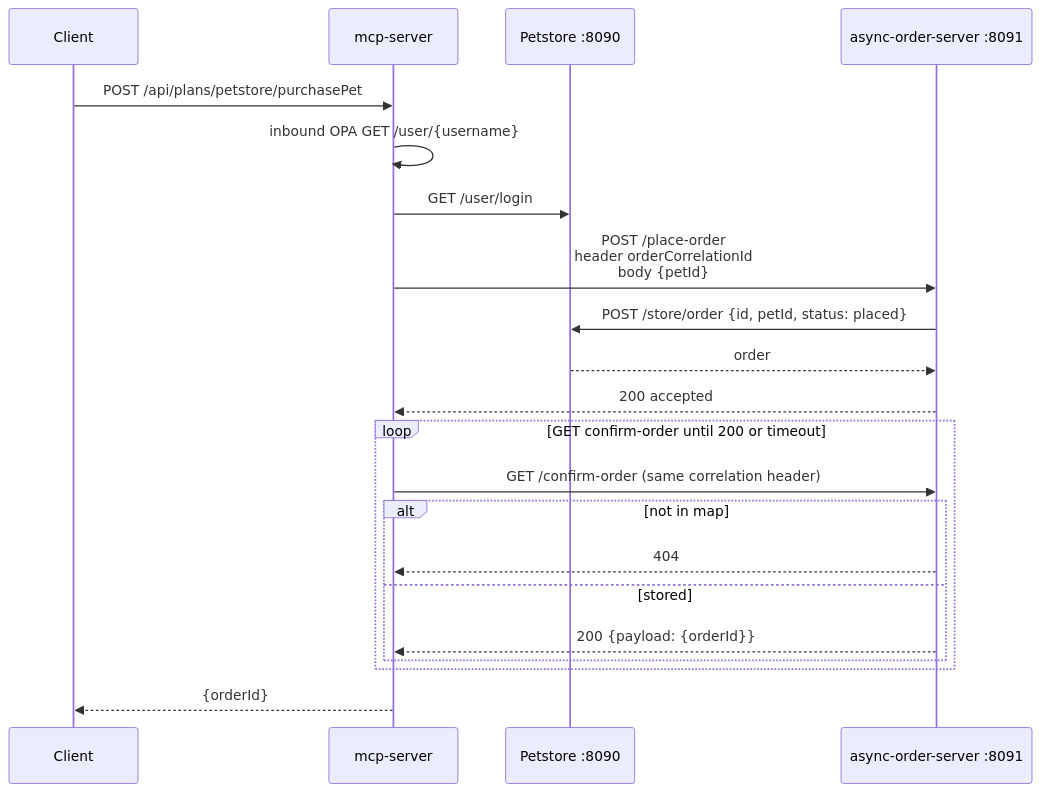
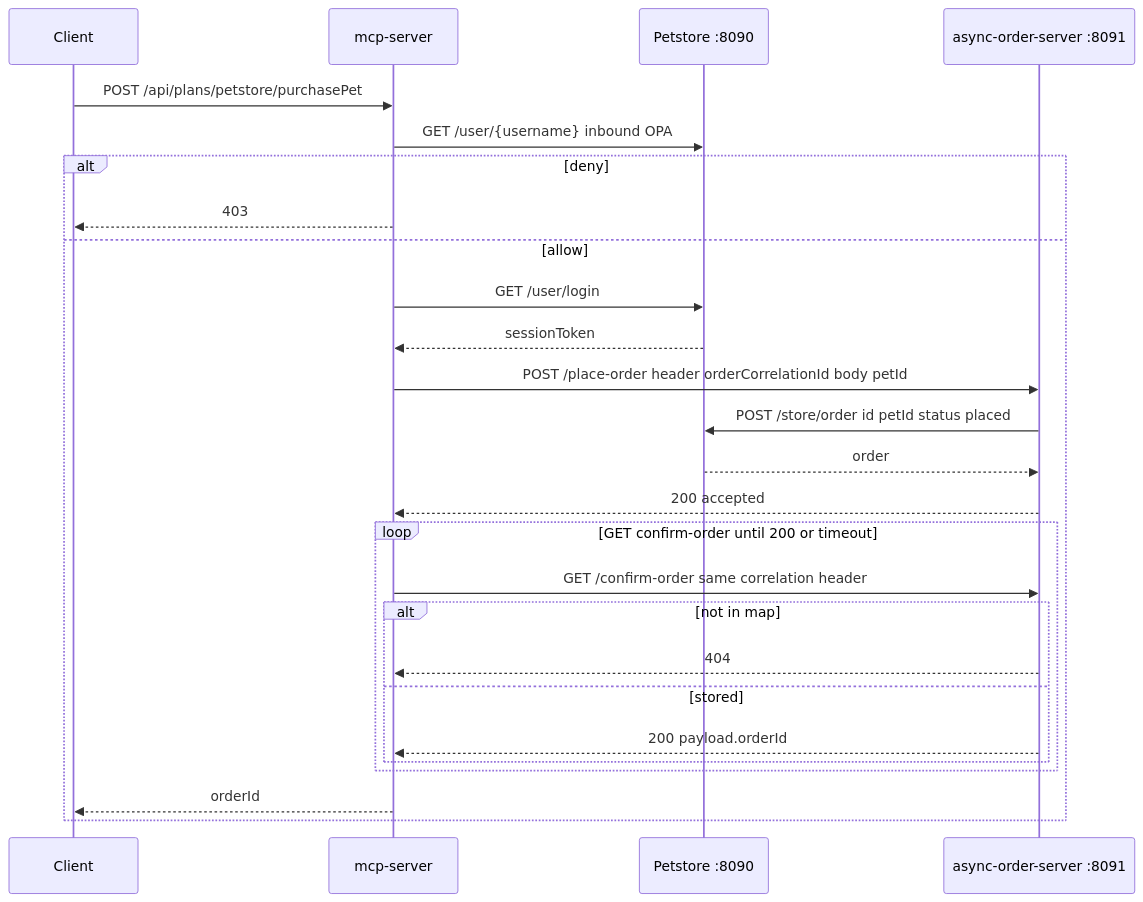
Before and after one commit to mevansam/context-mesh-engine: the sixth of 9 diagrams in examples/petstore/README.md, drawn with Mermaid. The commit also changed other lines of this file, not shown here.

First line of the commit message:
Enhance Petstore README with detailed workflow diagrams and call sequences

````diff
--- a/examples/petstore/README.md
+++ b/examples/petstore/README.md
@@ -236,24 +289,29 @@
 ```mermaid
 sequenceDiagram
   participant C as Client
   participant H as mcp-server
   participant P as Petstore :8090
   participant A as async-order-server :8091
 
   C->>H: POST /api/plans/petstore/purchasePet
-  H->>H: inbound OPA GET /user/{username}
-  H->>P: GET /user/login
-  H->>A: POST /place-order<br/>header orderCorrelationId<br/>body {petId}
-  A->>P: POST /store/order {id, petId, status: placed}
-  P-->>A: order
-  A-->>H: 200 accepted
-  loop GET confirm-order until 200 or timeout
-    H->>A: GET /confirm-order (same correlation header)
-    alt not in map
-      A-->>H: 404
-    else stored
-      A-->>H: 200 {payload: {orderId}}
+  H->>P: GET /user/{username} inbound OPA
+  alt deny
+    H-->>C: 403
+  else allow
+    H->>P: GET /user/login
+    P-->>H: sessionToken
+    H->>A: POST /place-order header orderCorrelationId body petId
+    A->>P: POST /store/order id petId status placed
+    P-->>A: order
+    A-->>H: 200 accepted
+    loop GET confirm-order until 200 or timeout
+      H->>A: GET /confirm-order same correlation header
+      alt not in map
+        A-->>H: 404
+      else stored
+        A-->>H: 200 payload.orderId
+      end
     end
+    H-->>C: orderId
   end
-  H-->>C: {orderId}
 ```
````
